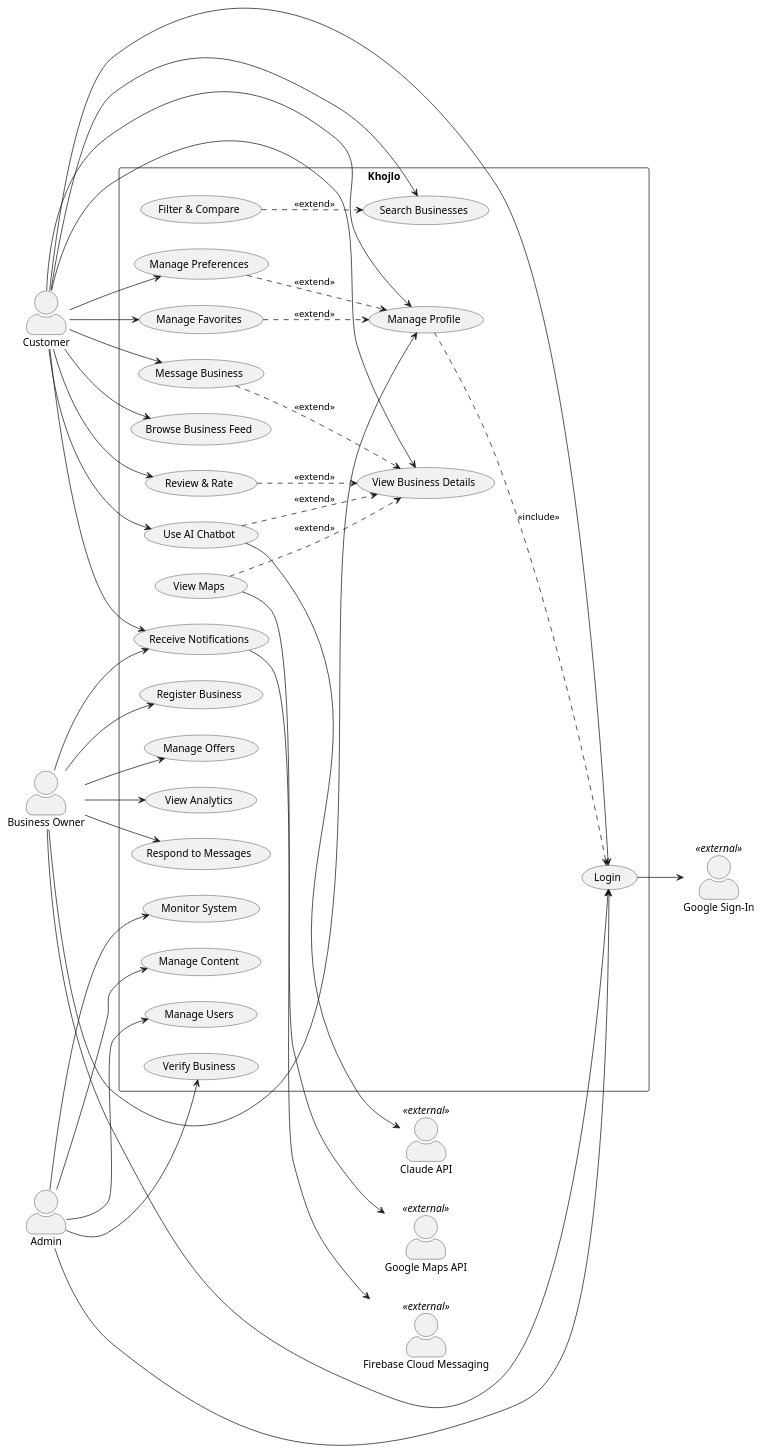
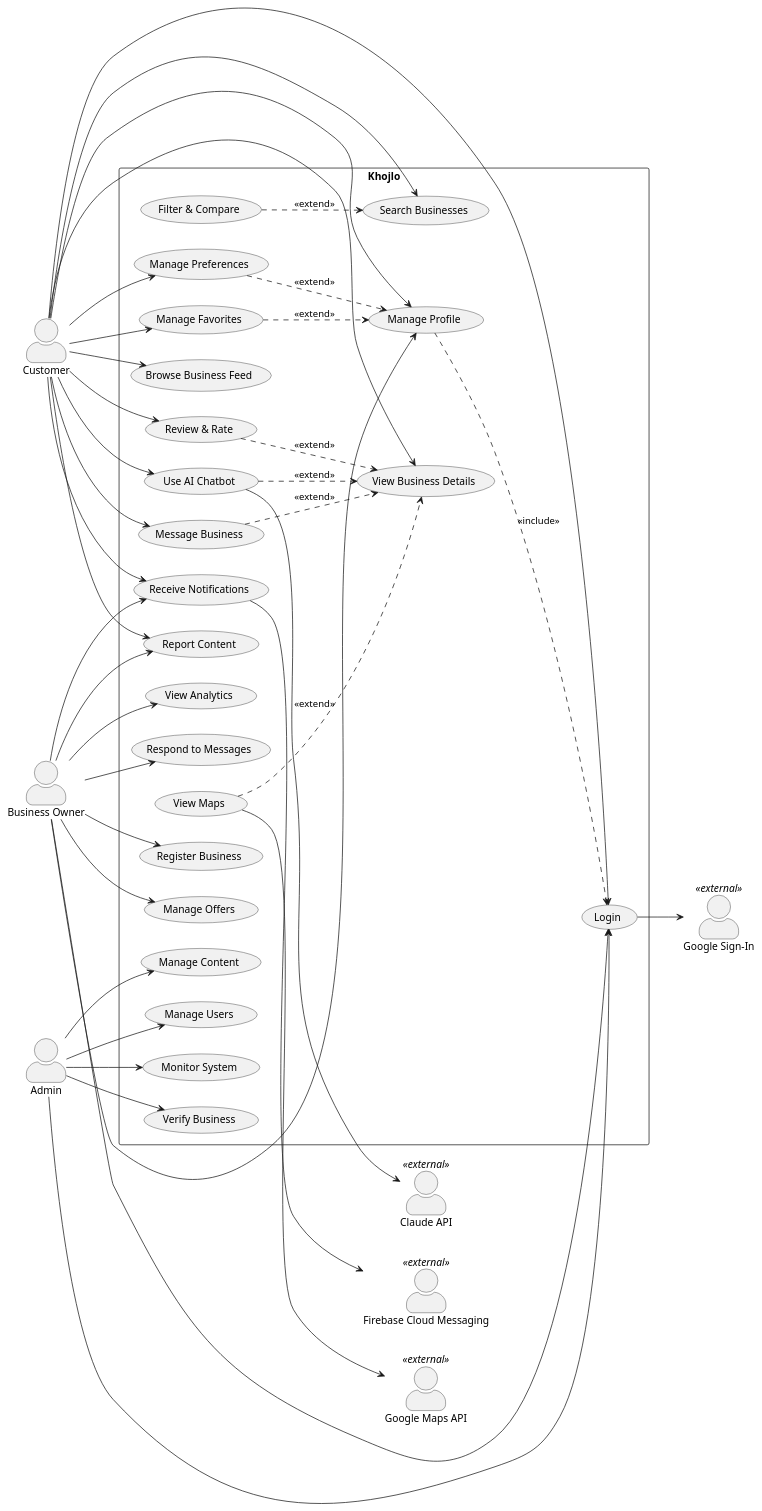
The diagram in docs/requirements/diagrams/use_case.puml (iNoumanMalik/khojlo), drawn with PlantUML before and after one commit. The commit also changed other lines of this file and 82 other files, not shown here.

Commit message:
add Module 8: Admin and Moderation

```diff
--- a/docs/requirements/diagrams/use_case.puml
+++ b/docs/requirements/diagrams/use_case.puml
@@ -4,83 +4,88 @@
 @startuml Khojlo_Use_Case_Diagram
 left to right direction
 skinparam packageStyle rectangle
 skinparam actorStyle awesome
 
 actor Customer
 actor "Business Owner" as Owner
 actor Admin
 
 actor "Google Sign-In" as GoogleSignIn <<external>>
 actor "Google Maps API" as Maps <<external>>
 actor "Claude API" as Claude <<external>>
 actor "Firebase Cloud Messaging" as FCM <<external>>
 
 rectangle Khojlo {
   usecase "Login" as UC1
   usecase "Manage Profile" as UC2
   usecase "Manage Preferences" as Pref
   usecase "Manage Favorites" as Fav
   usecase "Browse Business Feed" as UC3
   usecase "Search Businesses" as UC4
   usecase "Filter & Compare" as UC5
   usecase "View Business Details" as UC6
   usecase "Review & Rate" as UC7
   usecase "Use AI Chatbot" as UC8
   usecase "View Maps" as UC9
   usecase "Message Business" as UC13
   usecase "Receive Notifications" as UC15
   usecase "Register Business" as UC10
   usecase "Manage Offers" as UC11
   usecase "View Analytics" as Analytics
   usecase "Respond to Messages" as UC14
   usecase "Verify Business" as UC12
+  usecase "Report Content" as Report
   usecase "Manage Content" as Content
   usecase "Manage Users" as Users
   usecase "Monitor System" as Monitor
 }
 
 ' ── Customer ──
 Customer --> UC1
 Customer --> UC2
 Customer --> Pref
 Customer --> Fav
 Customer --> UC3
 Customer --> UC4
 Customer --> UC6
 Customer --> UC7
 Customer --> UC8
 Customer --> UC13
 Customer --> UC15
+Customer --> Report
 
 ' ── Business Owner ──
 Owner --> UC1
 Owner --> UC2
 Owner --> UC10
 Owner --> UC11
 Owner --> Analytics
 Owner --> UC14
 Owner --> UC15
+Owner --> Report
 
 ' ── Admin ──
 Admin --> UC1
 Admin --> UC12
 Admin --> Content
 Admin --> Users
 Admin --> Monitor
 
 ' ── include / extend ──
 UC2 ..> UC1 : <<include>>
 Pref ..> UC2 : <<extend>>
 Fav ..> UC2 : <<extend>>
 UC5 ..> UC4 : <<extend>>
 UC7 ..> UC6 : <<extend>>
 UC8 ..> UC6 : <<extend>>
 UC9 ..> UC6 : <<extend>>
 UC13 ..> UC6 : <<extend>>
+' v1.2 (Module 8): Report Content feeds the admin's Manage Content queue; verification is automatic,
+' with the admin deciding the businesses the checks refer (UC-12).
 
 ' ── external systems ──
 UC1 --> GoogleSignIn
 UC9 --> Maps
 UC8 --> Claude
 UC15 --> FCM
 @enduml
```
